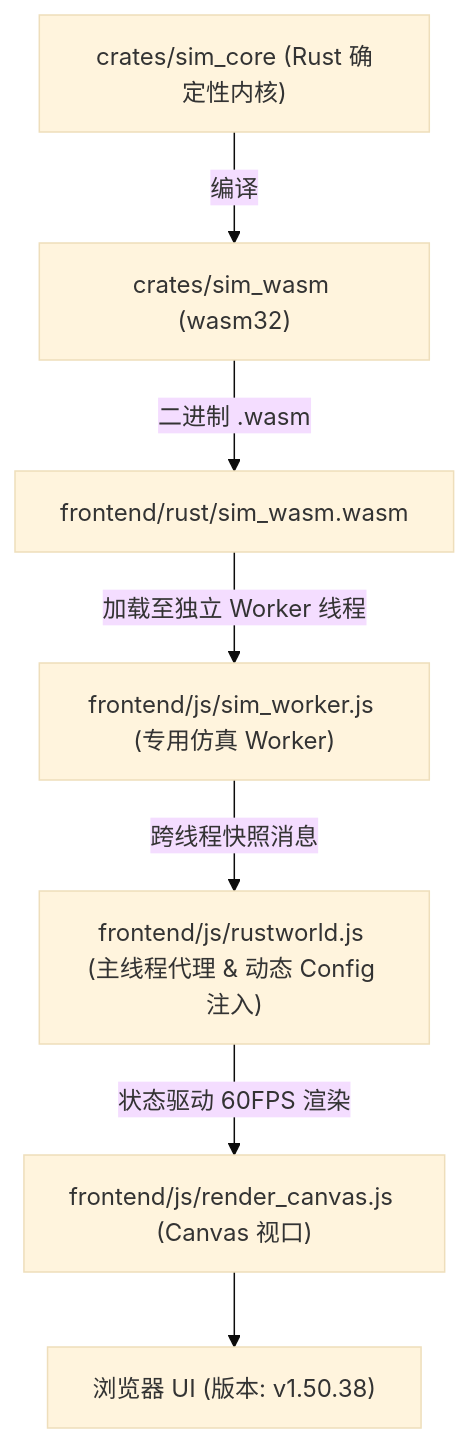
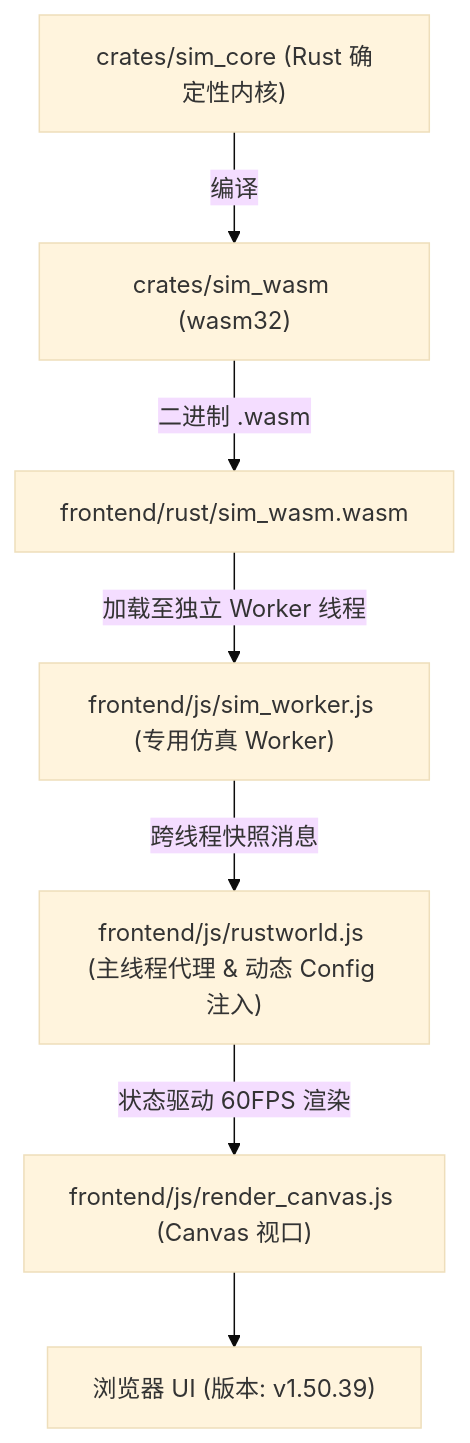
One commit to g39088902/FlowAndAccord changed the diagram in AGENTS.md. Above: the diagram before and after it, drawn with Mermaid (base theme). The commit also changed other lines of this file and 14 other files, not shown here.

````diff
--- a/AGENTS.md
+++ b/AGENTS.md
@@ -61,9 +61,9 @@
 ```mermaid
 graph TD
     A["crates/sim_core (Rust 确定性内核)"] -->|编译| B["crates/sim_wasm (wasm32)"]
     B -->|二进制 .wasm| C["frontend/rust/sim_wasm.wasm"]
     C -->|加载至独立 Worker 线程| D["frontend/js/sim_worker.js (专用仿真 Worker)"]
     D -->|跨线程快照消息| E["frontend/js/rustworld.js (主线程代理 & 动态 Config 注入)"]
     E -->|状态驱动 60FPS 渲染| F["frontend/js/render_canvas.js (Canvas 视口)"]
-    F --> G["浏览器 UI (版本: v1.50.38)"]
+    F --> G["浏览器 UI (版本: v1.50.39)"]
 ```
````
